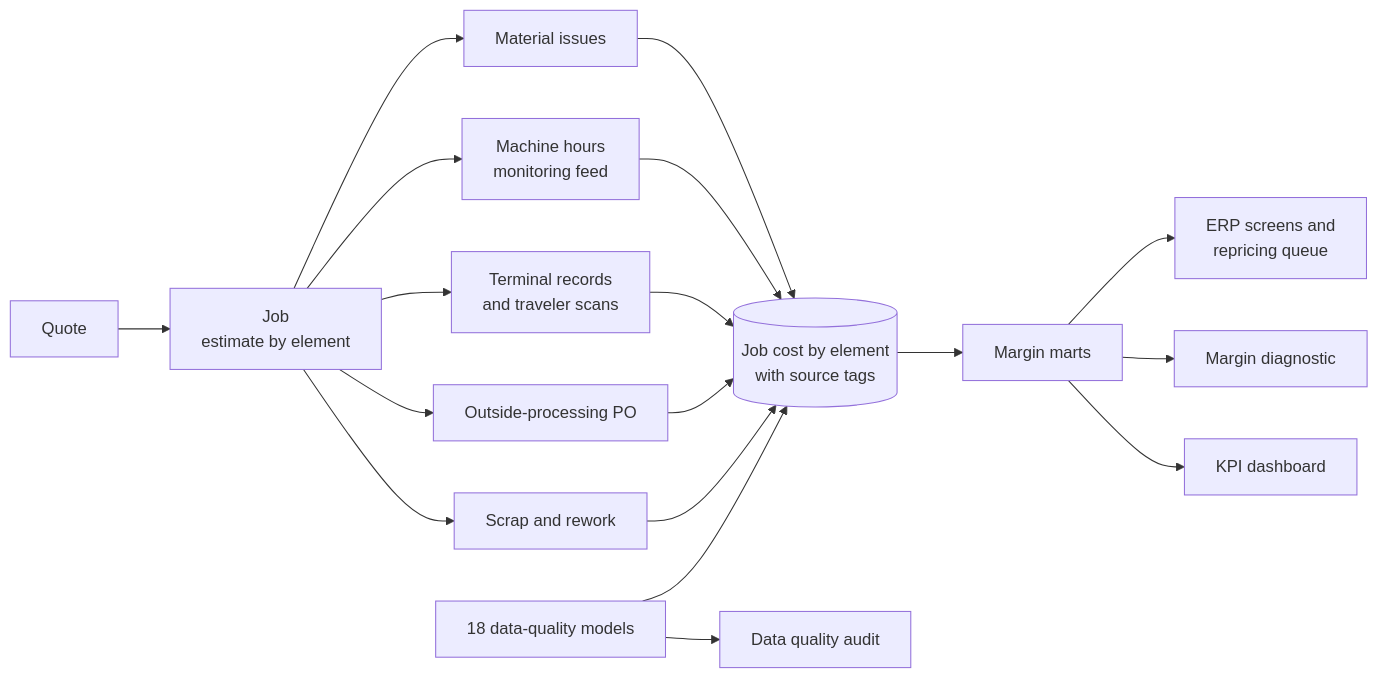
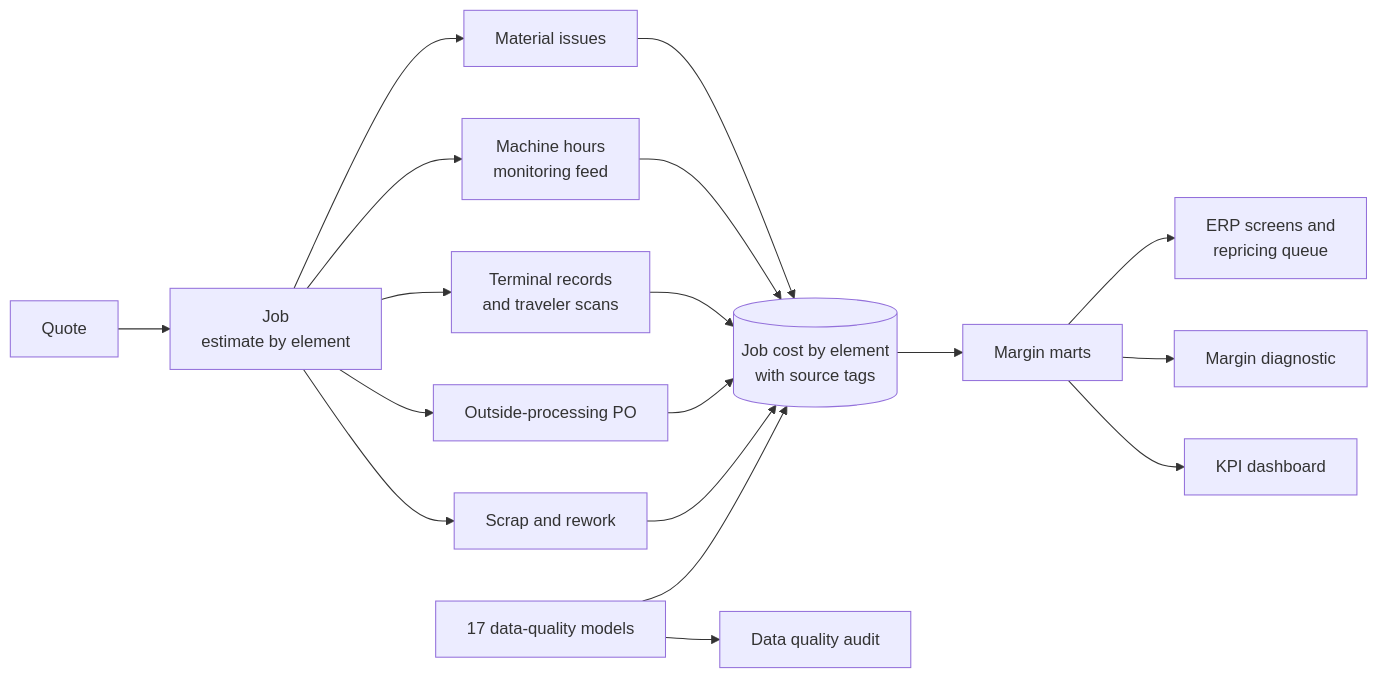
Before and after one commit to brimsystems/mfg-data-engineering: the diagram in job_costing/README.md, drawn with Mermaid. The commit also changed other lines of this file and 4 other files, not shown here.

Commit message:
Audit error tables: estimate gap removed as a system change, descriptions reworded, one scale figure, errors renumbered

````diff
--- a/job_costing/README.md
+++ b/job_costing/README.md
@@ -71,20 +71,20 @@
 ```mermaid
 flowchart LR
   Q["Quote"] --> J["Job<br/>estimate by element"]
   J --> MI["Material issues"]
   J --> MH["Machine hours<br/>monitoring feed"]
   J --> SC["Terminal records<br/>and traveler scans"]
   J --> PO["Outside-processing PO"]
   J --> SR["Scrap and rework"]
   MI --> JC
   MH --> JC
   SC --> JC
   PO --> JC
   SR --> JC
   JC[("Job cost by element<br/>with source tags")] --> MM["Margin marts"]
-  DQ["18 data-quality models"] --> JC
+  DQ["17 data-quality models"] --> JC
   MM --> ERP["ERP screens and<br/>repricing queue"]
   MM --> DIAG["Margin diagnostic"]
   MM --> DASH["KPI dashboard"]
   DQ --> AUD["Data quality audit"]
 ```
````
